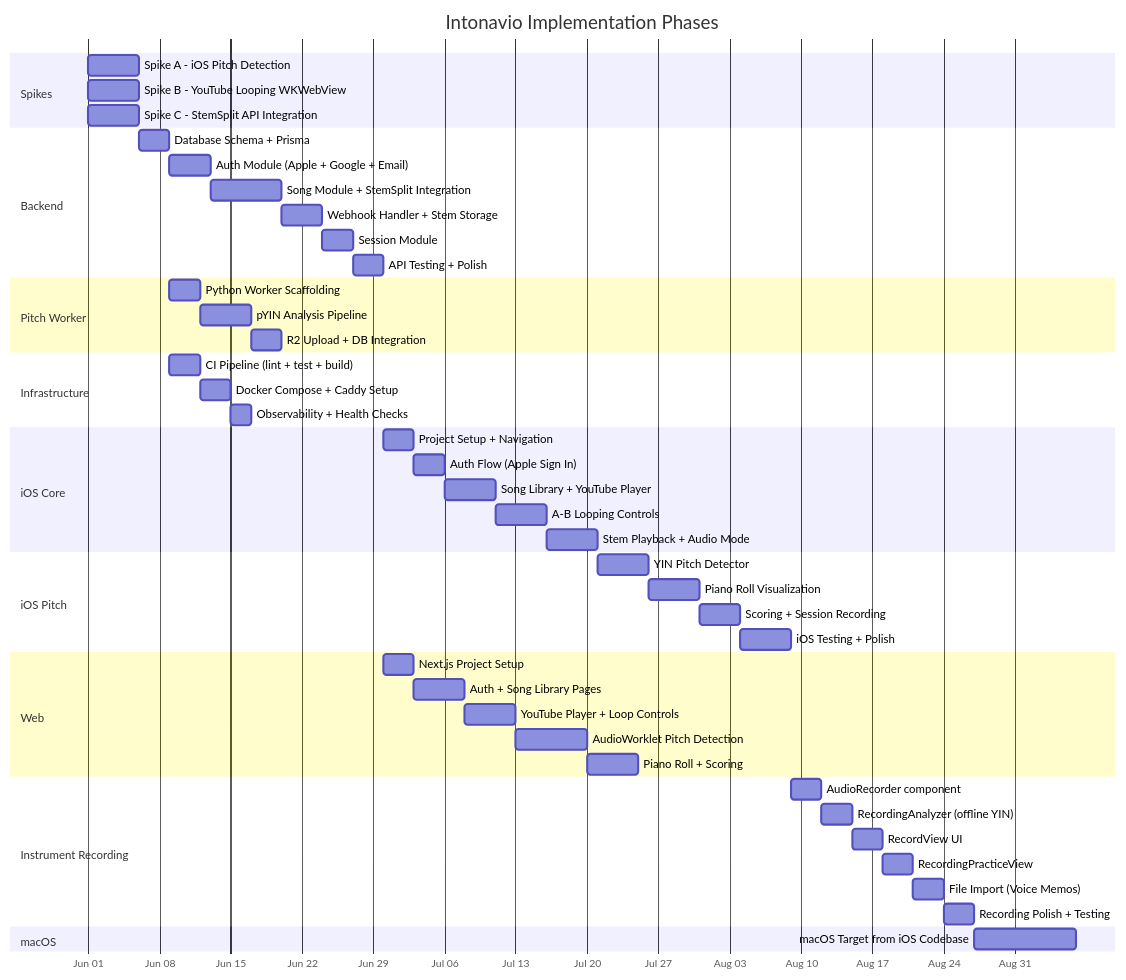
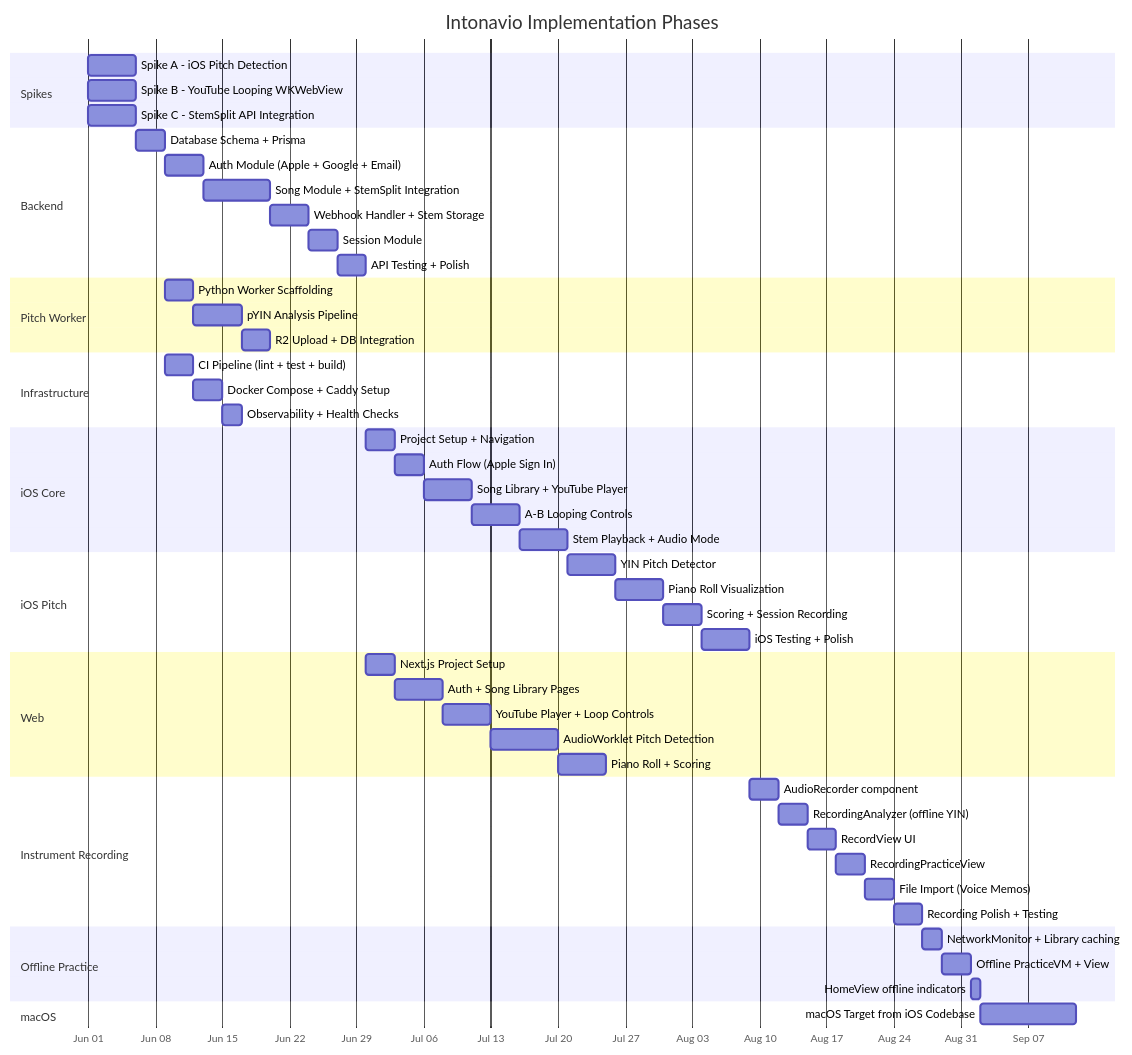
The first of 2 diagrams in docs/10-implementation-phases.md (pawelgawliczek/intonavio), drawn with Mermaid before and after one commit. The commit also changed other lines of this file and 15 other files, not shown here.

First line of the commit message:
Add offline practice mode for songs with cached stems and pitch data

````diff
--- a/docs/10-implementation-phases.md
+++ b/docs/10-implementation-phases.md
@@ -5,60 +5,65 @@
 ```mermaid
 gantt
     title Intonavio Implementation Phases
     dateFormat YYYY-MM-DD
     axisFormat %b %d
 
     section Spikes
     Spike A - iOS Pitch Detection       :spike-a, 2025-06-01, 5d
     Spike B - YouTube Looping WKWebView :spike-b, 2025-06-01, 5d
     Spike C - StemSplit API Integration  :spike-c, 2025-06-01, 5d
 
     section Backend
     Database Schema + Prisma            :db, after spike-c, 3d
     Auth Module (Apple + Google + Email) :auth, after db, 4d
     Song Module + StemSplit Integration  :songs, after auth, 7d
     Webhook Handler + Stem Storage      :webhook, after songs, 4d
     Session Module                      :sessions, after webhook, 3d
     API Testing + Polish                :api-test, after sessions, 3d
 
     section Pitch Worker
     Python Worker Scaffolding           :worker-scaffold, after db, 3d
     pYIN Analysis Pipeline              :pyin, after worker-scaffold, 5d
     R2 Upload + DB Integration          :worker-int, after pyin, 3d
 
     section Infrastructure
     CI Pipeline (lint + test + build)   :ci, after db, 3d
     Docker Compose + Caddy Setup         :docker, after ci, 3d
     Observability + Health Checks       :obs, after docker, 2d
 
     section iOS Core
     Project Setup + Navigation          :ios-setup, after api-test, 3d
     Auth Flow (Apple Sign In)           :ios-auth, after ios-setup, 3d
     Song Library + YouTube Player       :ios-library, after ios-auth, 5d
     A-B Looping Controls                :ios-loop, after ios-library, 5d
     Stem Playback + Audio Mode          :ios-stems, after ios-loop, 5d
 
     section iOS Pitch
     YIN Pitch Detector                  :ios-yin, after ios-stems, 5d
     Piano Roll Visualization            :ios-piano, after ios-yin, 5d
     Scoring + Session Recording         :ios-score, after ios-piano, 4d
     iOS Testing + Polish                :ios-test, after ios-score, 5d
 
     section Web
     Next.js Project Setup               :web-setup, after api-test, 3d
     Auth + Song Library Pages           :web-pages, after web-setup, 5d
     YouTube Player + Loop Controls      :web-yt, after web-pages, 5d
     AudioWorklet Pitch Detection        :web-pitch, after web-yt, 7d
     Piano Roll + Scoring                :web-piano, after web-pitch, 5d
 
     section Instrument Recording
     AudioRecorder component             :rec-audio, after ios-test, 3d
     RecordingAnalyzer (offline YIN)     :rec-analyze, after rec-audio, 3d
     RecordView UI                       :rec-ui, after rec-analyze, 3d
     RecordingPracticeView               :rec-practice, after rec-ui, 3d
     File Import (Voice Memos)           :rec-import, after rec-practice, 3d
     Recording Polish + Testing          :rec-test, after rec-import, 3d
 
+    section Offline Practice
+    NetworkMonitor + Library caching    :offline-net, after rec-test, 2d
+    Offline PracticeVM + View           :offline-vm, after offline-net, 3d
+    HomeView offline indicators         :offline-ui, after offline-vm, 1d
+
     section macOS
-    macOS Target from iOS Codebase      :macos, after rec-test, 10d
+    macOS Target from iOS Codebase      :macos, after offline-ui, 10d
 ```
````
